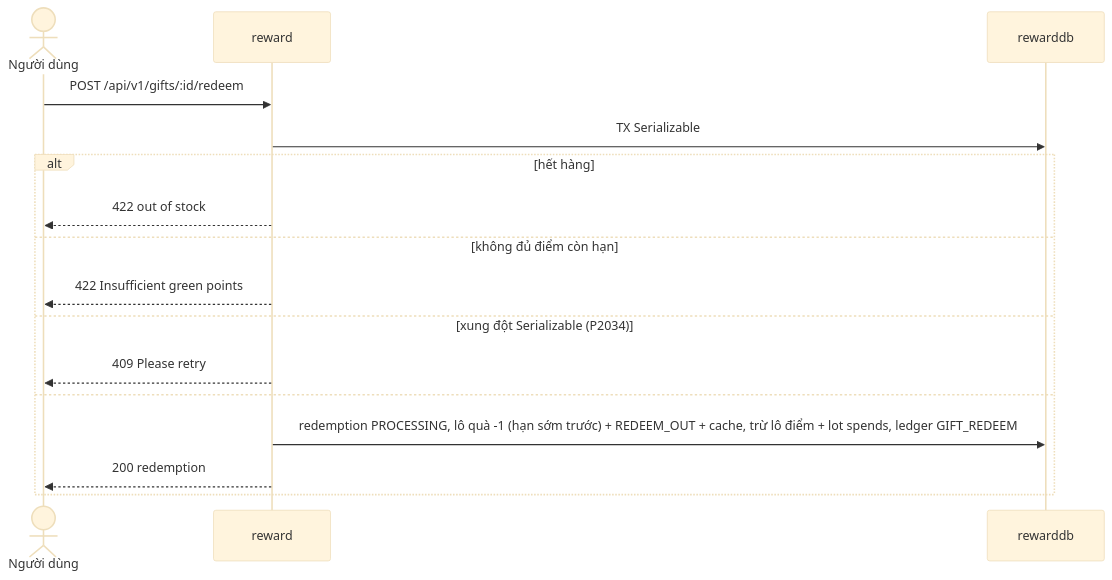
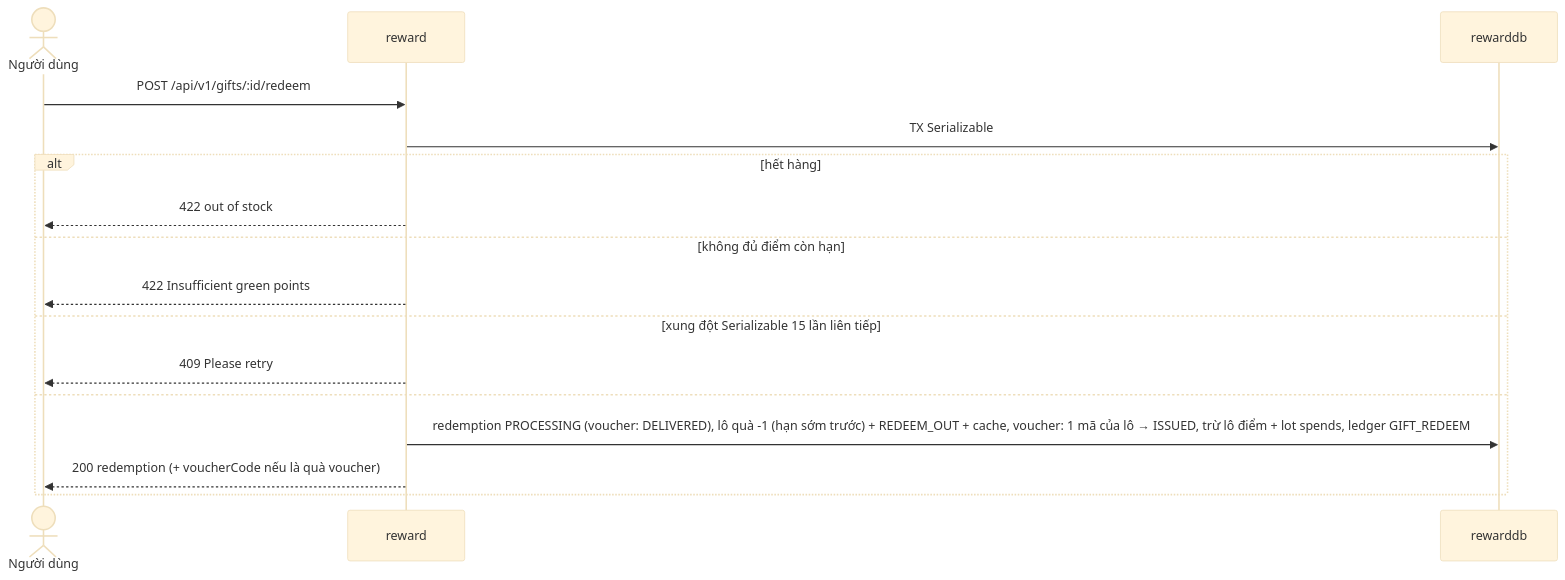
Before and after one commit to DOAN2-UQT-KN/ecolink-docs: diagram 26 of 31 in 02-business-flows.md, drawn with Mermaid (base theme). The commit also changed other lines of this file and 8 other files, not shown here.

Commit message:
docs: gift vouchers and redemption cancel reasons

````diff
--- a/02-business-flows.md
+++ b/02-business-flows.md
@@ -1132,18 +1136,18 @@
 ```mermaid
 sequenceDiagram
   actor U as Người dùng
   participant RW as reward
   participant DB as rewarddb
   U->>RW: POST /api/v1/gifts/:id/redeem
   RW->>DB: TX Serializable
   alt hết hàng
     RW-->>U: 422 out of stock
   else không đủ điểm còn hạn
     RW-->>U: 422 Insufficient green points
-  else xung đột Serializable (P2034)
+  else xung đột Serializable 15 lần liên tiếp
     RW-->>U: 409 Please retry
   else
-    RW->>DB: redemption PROCESSING, lô quà -1 (hạn sớm trước) + REDEEM_OUT + cache, trừ lô điểm + lot spends, ledger GIFT_REDEEM
-    RW-->>U: 200 redemption
+    RW->>DB: redemption PROCESSING (voucher: DELIVERED), lô quà -1 (hạn sớm trước) + REDEEM_OUT + cache, voucher: 1 mã của lô → ISSUED, trừ lô điểm + lot spends, ledger GIFT_REDEEM
+    RW-->>U: 200 redemption (+ voucherCode nếu là quà voucher)
   end
 ```
````
